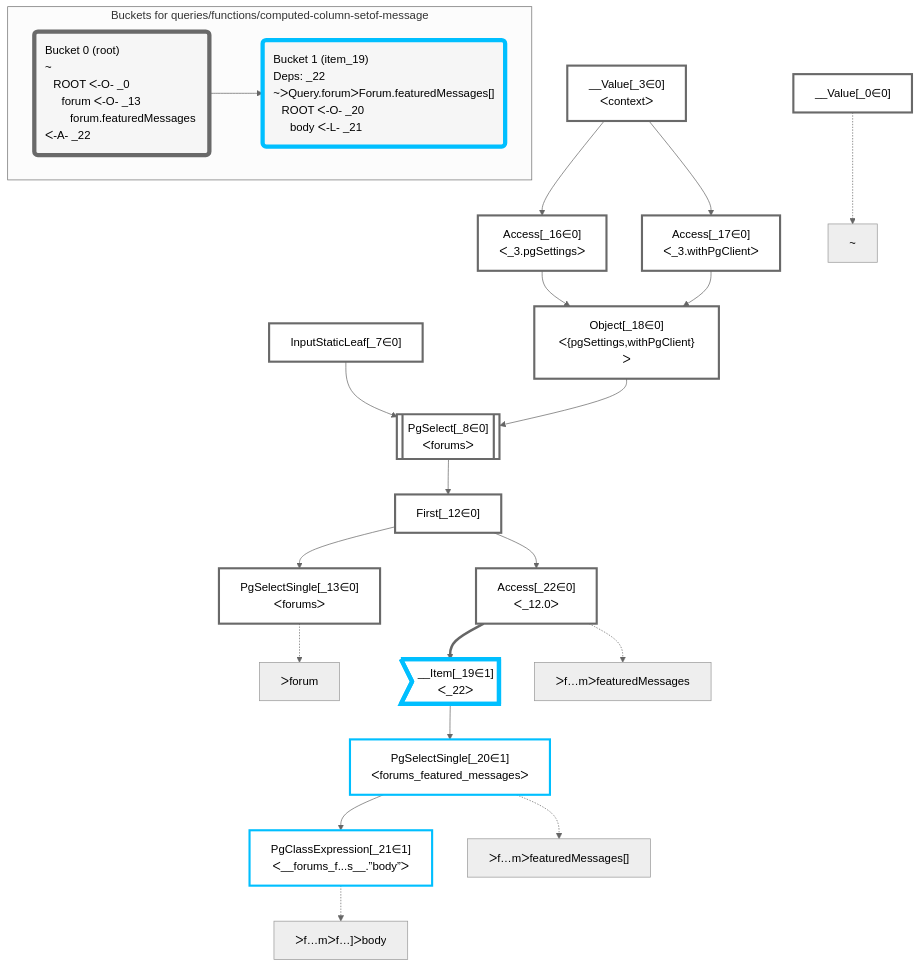
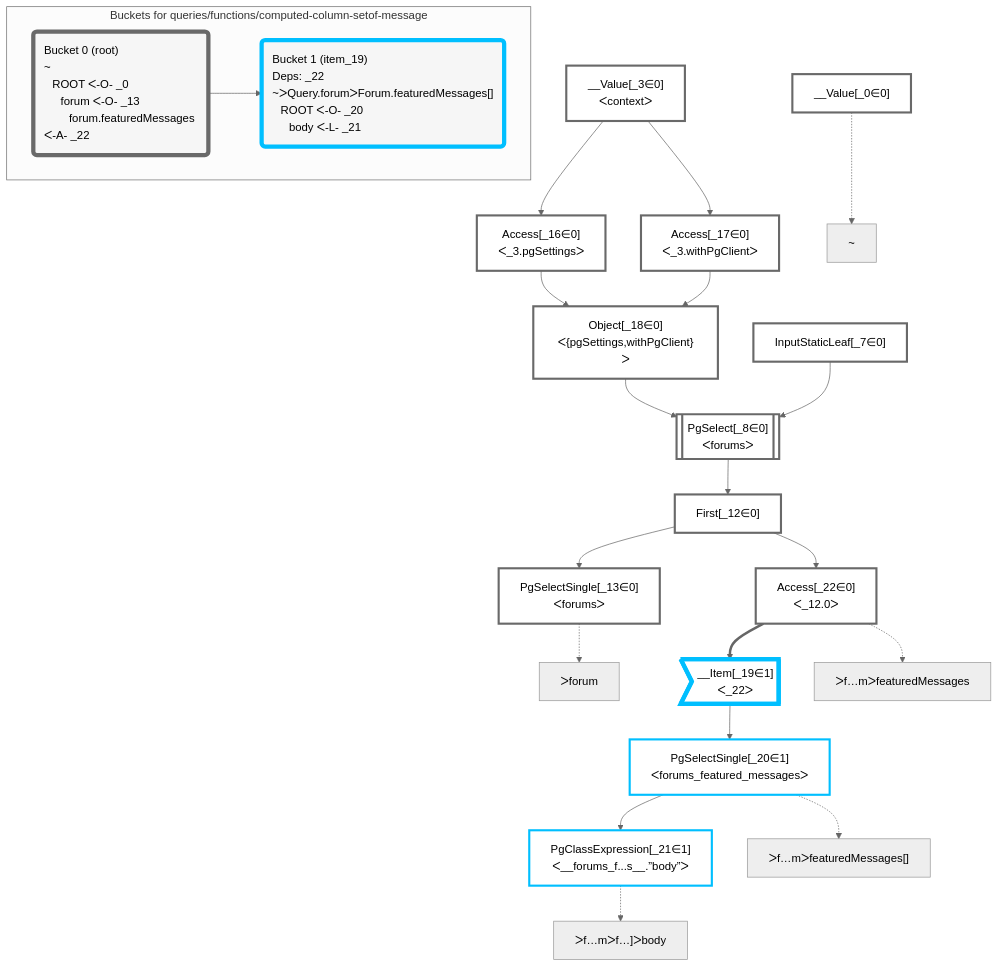
The diagram in packages/dataplan-pg/__tests__/queries/functions/computed-column-setof-message.mermaid.md (graphile/crystal), drawn with Mermaid (neutral theme) before and after one commit. The commit also changed other lines of this file and 195 other files, not shown here.

````diff
--- a/packages/dataplan-pg/__tests__/queries/functions/computed-column-setof-message.mermaid.md
+++ b/packages/dataplan-pg/__tests__/queries/functions/computed-column-setof-message.mermaid.md
@@ -1,58 +1,58 @@
 ```mermaid
 graph TD
     classDef path fill:#eee,stroke:#000,color:#000
     classDef plan fill:#fff,stroke-width:3px,color:#000
     classDef itemplan fill:#fff,stroke-width:6px,color:#000
     classDef sideeffectplan fill:#f00,stroke-width:6px,color:#000
     classDef bucket fill:#f6f6f6,color:#000,stroke-width:6px,text-align:left
 
 
     %% define plans
     __Value_0["__Value[_0∈0]"]:::plan
+    PgSelectSingle_13["PgSelectSingle[_13∈0]<br />ᐸforumsᐳ"]:::plan
+    PgClassExpression_21["PgClassExpression[_21∈1]<br />ᐸ__forums_f...s__.”body”ᐳ"]:::plan
+    PgSelectSingle_20["PgSelectSingle[_20∈1]<br />ᐸforums_featured_messagesᐳ"]:::plan
+    __Item_19>"__Item[_19∈1]<br />ᐸ_22ᐳ"]:::itemplan
+    Access_22["Access[_22∈0]<br />ᐸ_12.0ᐳ"]:::plan
+    First_12["First[_12∈0]"]:::plan
+    PgSelect_8[["PgSelect[_8∈0]<br />ᐸforumsᐳ"]]:::plan
+    Object_18["Object[_18∈0]<br />ᐸ{pgSettings,withPgClient}ᐳ"]:::plan
+    Access_16["Access[_16∈0]<br />ᐸ_3.pgSettingsᐳ"]:::plan
+    Access_17["Access[_17∈0]<br />ᐸ_3.withPgClientᐳ"]:::plan
     __Value_3["__Value[_3∈0]<br />ᐸcontextᐳ"]:::plan
     InputStaticLeaf_7["InputStaticLeaf[_7∈0]"]:::plan
-    PgSelect_8[["PgSelect[_8∈0]<br />ᐸforumsᐳ"]]:::plan
-    First_12["First[_12∈0]"]:::plan
-    PgSelectSingle_13["PgSelectSingle[_13∈0]<br />ᐸforumsᐳ"]:::plan
-    Access_16["Access[_16∈0]<br />ᐸ_3.pgSettingsᐳ"]:::plan
-    Access_17["Access[_17∈0]<br />ᐸ_3.withPgClientᐳ"]:::plan
-    Object_18["Object[_18∈0]<br />ᐸ{pgSettings,withPgClient}ᐳ"]:::plan
-    __Item_19>"__Item[_19∈1]<br />ᐸ_22ᐳ"]:::itemplan
-    PgSelectSingle_20["PgSelectSingle[_20∈1]<br />ᐸforums_featured_messagesᐳ"]:::plan
-    PgClassExpression_21["PgClassExpression[_21∈1]<br />ᐸ__forums_f...s__.”body”ᐳ"]:::plan
-    Access_22["Access[_22∈0]<br />ᐸ_12.0ᐳ"]:::plan
 
     %% plan dependencies
+    First_12 --> PgSelectSingle_13
+    PgSelectSingle_20 --> PgClassExpression_21
+    __Item_19 --> PgSelectSingle_20
+    Access_22 ==> __Item_19
+    First_12 --> Access_22
+    PgSelect_8 --> First_12
     Object_18 & InputStaticLeaf_7 --> PgSelect_8
-    PgSelect_8 --> First_12
-    First_12 --> PgSelectSingle_13
+    Access_16 & Access_17 --> Object_18
     __Value_3 --> Access_16
     __Value_3 --> Access_17
-    Access_16 & Access_17 --> Object_18
-    Access_22 ==> __Item_19
-    __Item_19 --> PgSelectSingle_20
-    PgSelectSingle_20 --> PgClassExpression_21
-    First_12 --> Access_22
 
     %% plan-to-path relationships
     P_0["~"]
     __Value_0 -.-> P_0
     P_13["ᐳforum"]
     PgSelectSingle_13 -.-> P_13
     P_20["ᐳf…mᐳfeaturedMessages[]"]
     PgSelectSingle_20 -.-> P_20
     P_21["ᐳf…mᐳf…]ᐳbody"]
     PgClassExpression_21 -.-> P_21
     P_22["ᐳf…mᐳfeaturedMessages"]
     Access_22 -.-> P_22
 
     subgraph "Buckets for queries/functions/computed-column-setof-message"
     Bucket0("Bucket 0 (root)<br />~<br />⠀ROOT ᐸ-O- _0<br />⠀⠀forum ᐸ-O- _13<br />⠀⠀⠀forum.featuredMessages ᐸ-A- _22"):::bucket
     classDef bucket0 stroke:#696969
     class Bucket0,__Value_0,__Value_3,InputStaticLeaf_7,PgSelect_8,First_12,PgSelectSingle_13,Access_16,Access_17,Object_18,Access_22 bucket0
     Bucket1("Bucket 1 (item_19)<br />Deps: _22<br />~ᐳQuery.forumᐳForum.featuredMessages[]<br />⠀ROOT ᐸ-O- _20<br />⠀⠀body ᐸ-L- _21"):::bucket
     classDef bucket1 stroke:#00bfff
     class Bucket1,__Item_19,PgSelectSingle_20,PgClassExpression_21 bucket1
     Bucket0 --> Bucket1
     end
 ```
````
